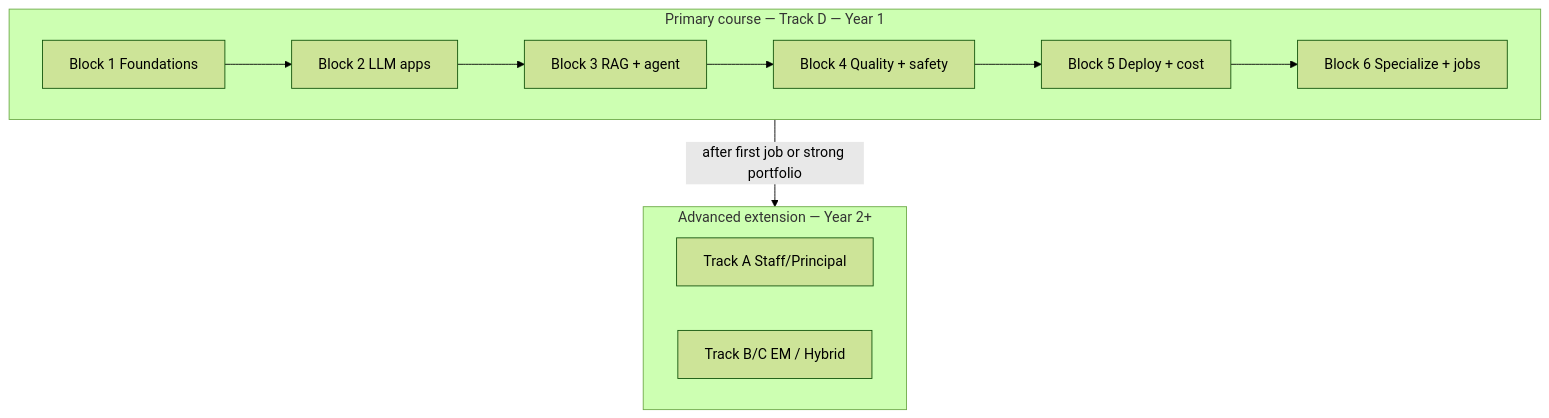
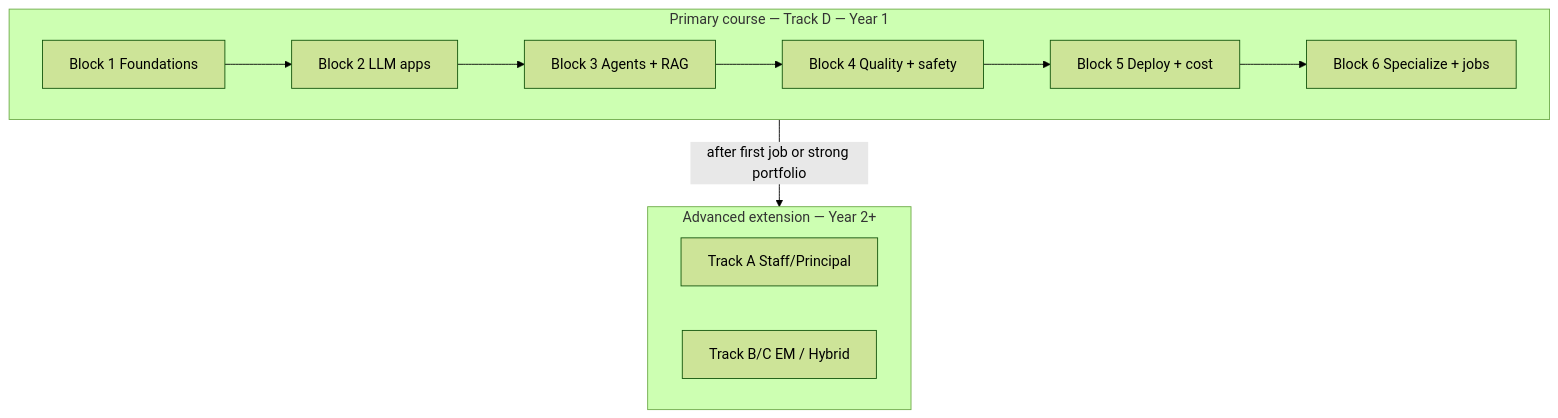
One commit to rcrahul43/GenAI-Masterclass changed the diagram in COURSE.md. Above: the diagram before and after it, drawn with Mermaid (forest theme). The commit also changed other lines of this file and 108 other files, not shown here.

````diff
--- a/COURSE.md
+++ b/COURSE.md
@@ -33,17 +33,17 @@
 ```mermaid
 flowchart TB
     subgraph Primary["Primary course — Track D — Year 1"]
       B1[Block 1 Foundations]
       B2[Block 2 LLM apps]
-      B3[Block 3 RAG + agent]
+      B3[Block 3 Agents + RAG]
       B4[Block 4 Quality + safety]
       B5[Block 5 Deploy + cost]
       B6[Block 6 Specialize + jobs]
       B1 --> B2 --> B3 --> B4 --> B5 --> B6
     end
     subgraph Advanced["Advanced extension — Year 2+"]
       A[Track A Staff/Principal]
       E[Track B/C EM / Hybrid]
     end
     Primary -->|after first job or strong portfolio| Advanced
 ```
````
